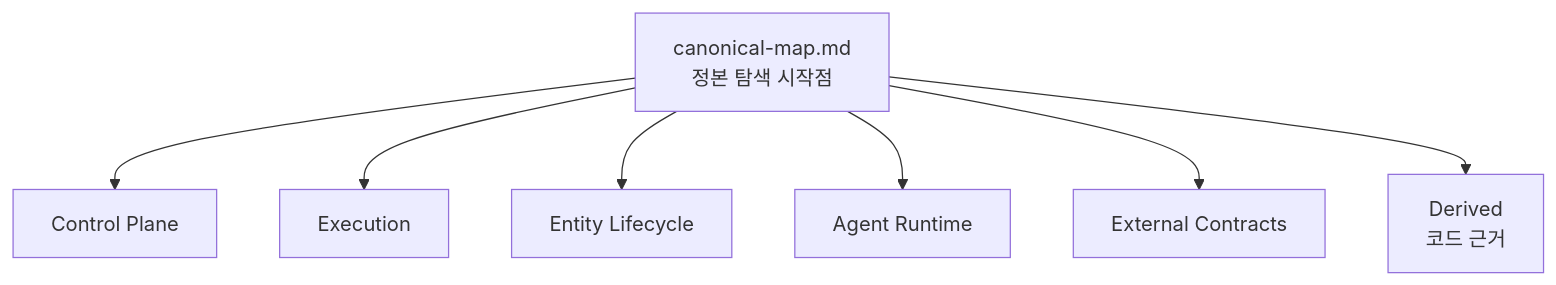
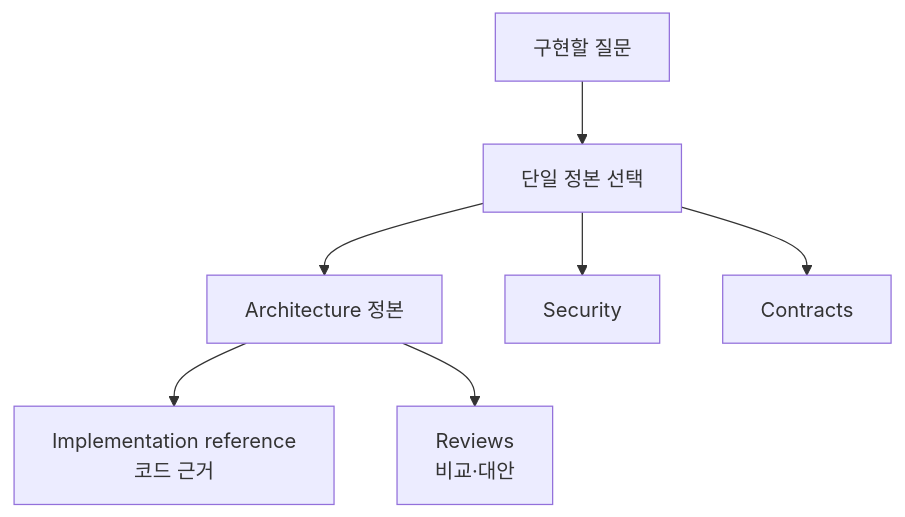
The diagram in docs/architecture/canonical-map.md (yarang/grok-fleet-orchestrator), drawn with Mermaid before and after one commit. The commit also changed other lines of this file and 14 other files, not shown here.

Commit message:
docs: restructure architecture domain

````diff
--- a/docs/architecture/canonical-map.md
+++ b/docs/architecture/canonical-map.md
@@ -18,9 +16,9 @@
 ```mermaid
 flowchart TD
-    Map["canonical-map.md\n정본 탐색 시작점"] --> CP["Control Plane"]
-    Map --> Exec["Execution"]
-    Map --> Entity["Entity Lifecycle"]
-    Map --> Agent["Agent Runtime"]
-    Map --> Contract["External Contracts"]
-    Map --> Evidence["Derived\n코드 근거"]
+    Question["구현할 질문"] --> Map["단일 정본 선택"]
+    Map --> Architecture["Architecture 정본"]
+    Map --> Security["Security"]
+    Map --> Contracts["Contracts"]
+    Architecture --> Evidence["Implementation reference\n코드 근거"]
+    Architecture --> Reviews["Reviews\n비교·대안"]
 ```
````
